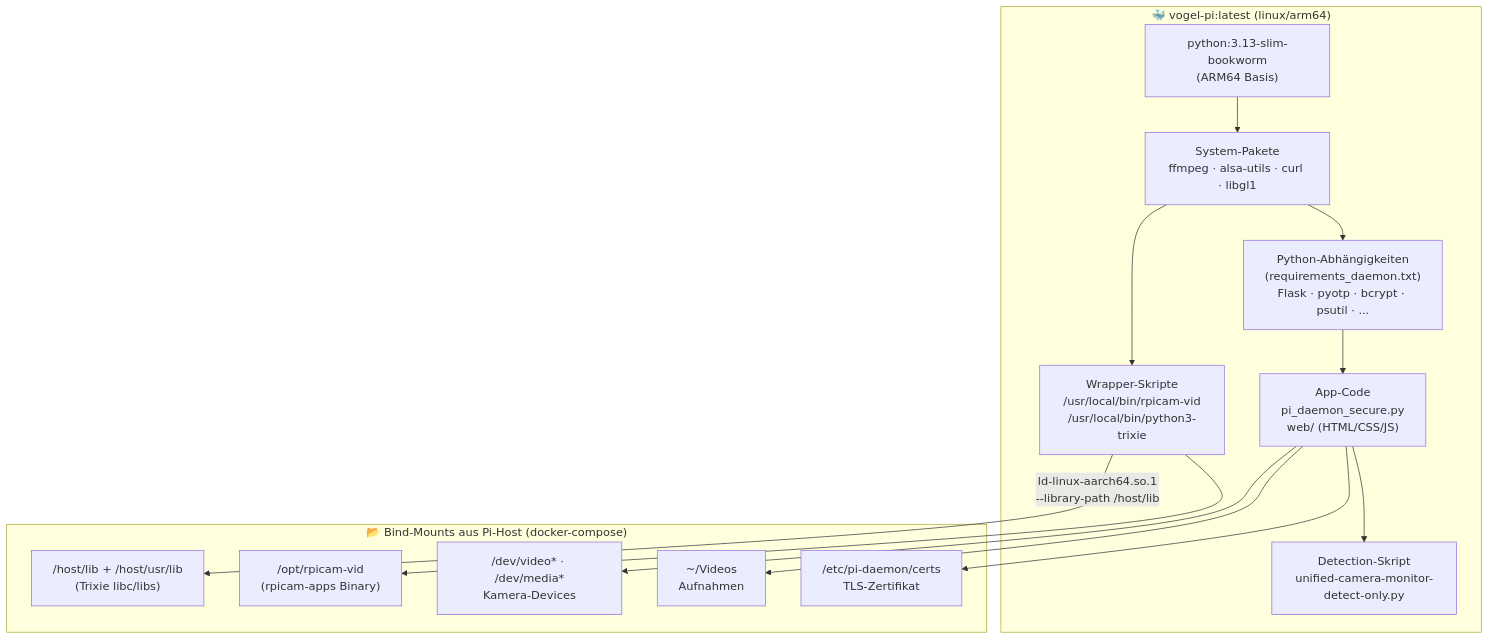
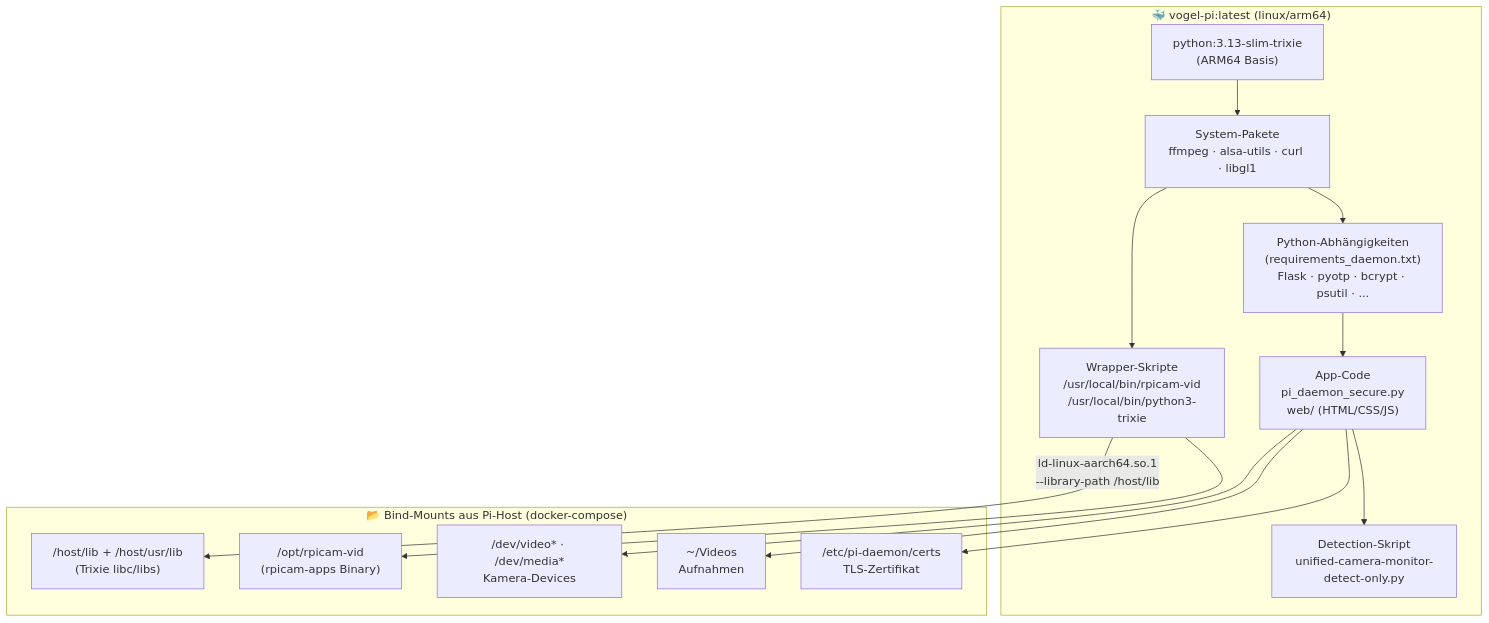
Before and after one commit to kamera-linux/vogel-kamera-linux: the diagram in docker/README.md, drawn with Mermaid. The commit also changed 19 other files, not shown here.

````diff
--- a/docker/README.md
+++ b/docker/README.md
@@ -17,28 +17,28 @@
 ```mermaid
 graph TD
     subgraph Image["🐳 vogel-pi:latest (linux/arm64)"]
-        BASE["python:3.13-slim-bookworm\n(ARM64 Basis)"]
+        BASE["python:3.13-slim-trixie\n(ARM64 Basis)"]
         PKG["System-Pakete\nffmpeg · alsa-utils · curl · libgl1"]
         PY["Python-Abhängigkeiten\n(requirements_daemon.txt)\nFlask · pyotp · bcrypt · psutil · ..."]
         APP["App-Code\npi_daemon_secure.py\nweb/ (HTML/CSS/JS)"]
         DET["Detection-Skript\nunified-camera-monitor-detect-only.py"]
         WRP["Wrapper-Skripte\n/usr/local/bin/rpicam-vid\n/usr/local/bin/python3-trixie"]
         BASE --> PKG --> PY --> APP
         APP --> DET
         PKG --> WRP
     end
 
     subgraph HostMounts["📂 Bind-Mounts aus Pi-Host (docker-compose)"]
         HV["/host/lib + /host/usr/lib\n(Trixie libc/libs)"]
         HRPIC["/opt/rpicam-vid\n(rpicam-apps Binary)"]
         HCAM["/dev/video* · /dev/media*\nKamera-Devices"]
         HVID["~/Videos\nAufnahmen"]
         HSSL["/etc/pi-daemon/certs\nTLS-Zertifikat"]
     end
 
     WRP -->|"ld-linux-aarch64.so.1\n--library-path /host/lib"| HV
     WRP --> HRPIC
     APP --> HCAM
     APP --> HVID
     APP --> HSSL
 ```
````
